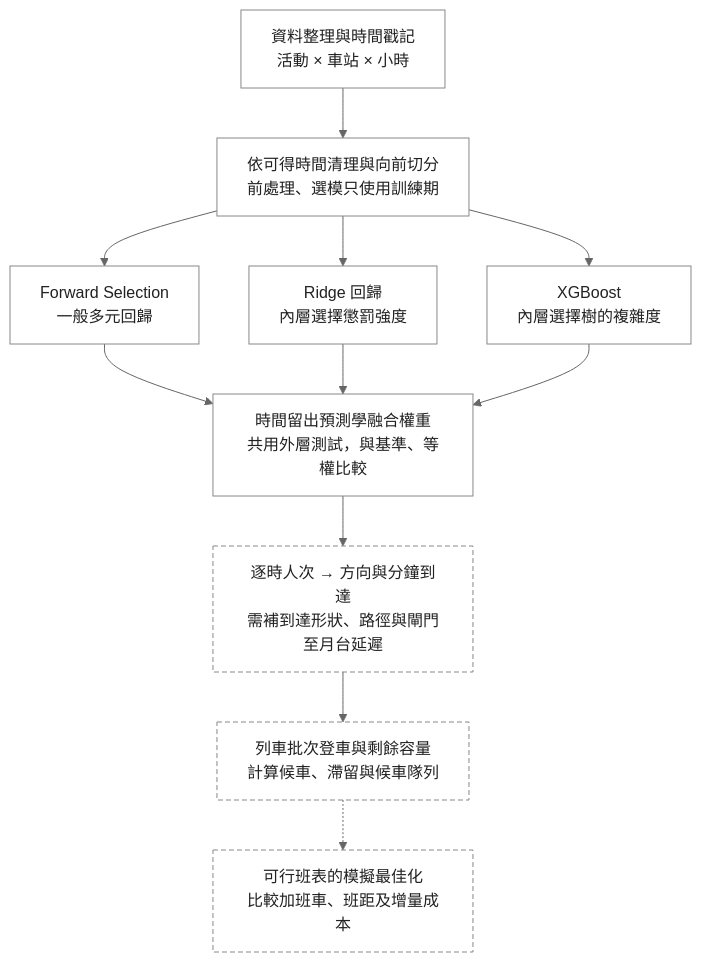
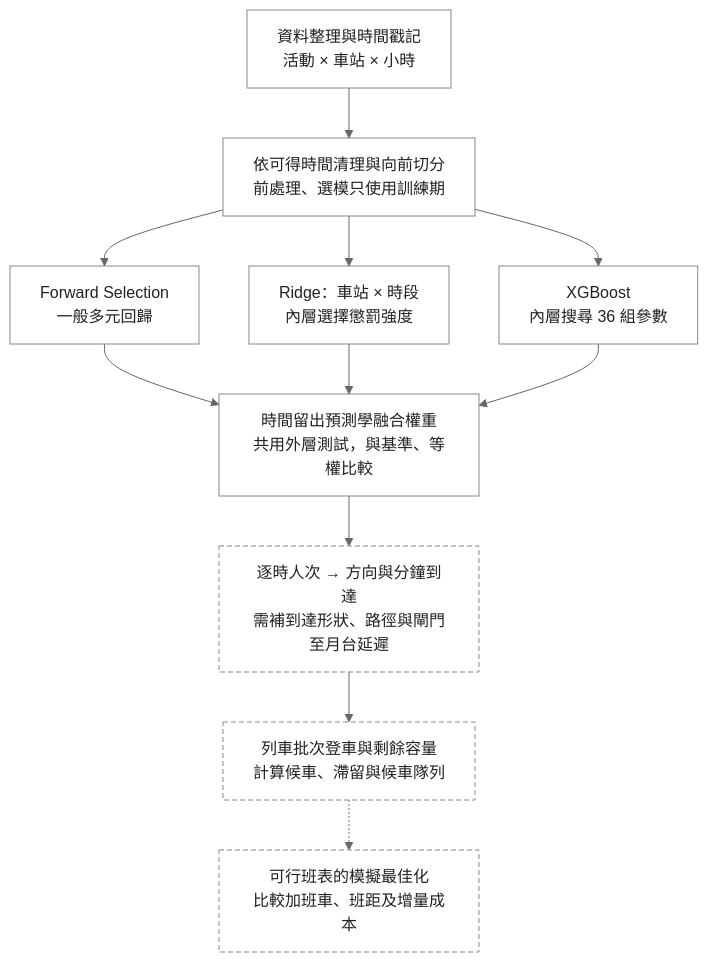
The diagram in README.md (410911316/Statistical-Practice-final), drawn with Mermaid before and after one commit. The commit also changed other lines of this file and 48 other files, not shown here.

````diff
--- a/README.md
+++ b/README.md
@@ -42,27 +68,27 @@
 ```mermaid
 flowchart TD
     A["資料整理與時間戳記<br/>活動 × 車站 × 小時"]
     B["依可得時間清理與向前切分<br/>前處理、選模只使用訓練期"]
     C["Forward Selection<br/>一般多元回歸"]
-    D["Ridge 回歸<br/>內層選擇懲罰強度"]
-    E["XGBoost<br/>內層選擇樹的複雜度"]
+    D["Ridge：車站 × 時段<br/>內層選擇懲罰強度"]
+    E["XGBoost<br/>內層搜尋 36 組參數"]
     F["時間留出預測學融合權重<br/>共用外層測試，與基準、等權比較"]
     G["逐時人次 → 方向與分鐘到達<br/>需補到達形狀、路徑與閘門至月台延遲"]
     H["列車批次登車與剩餘容量<br/>計算候車、滯留與候車隊列"]
     I["可行班表的模擬最佳化<br/>比較加班車、班距及增量成本"]
     A --> B
     B --> C
     B --> D
     B --> E
     C --> F
     D --> F
     E --> F
     F --> G
     G --> H
     H -.-> I
     classDef completed fill:#fff,stroke:#888,color:#222,stroke-width:1px;
     classDef assumed fill:#fff,stroke:#888,color:#222,stroke-width:1px,stroke-dasharray:5 3;
     class A,B,C,D,E,F completed;
     class G,H,I assumed;
     linkStyle default stroke:#666,stroke-width:1px;
 ```
````
